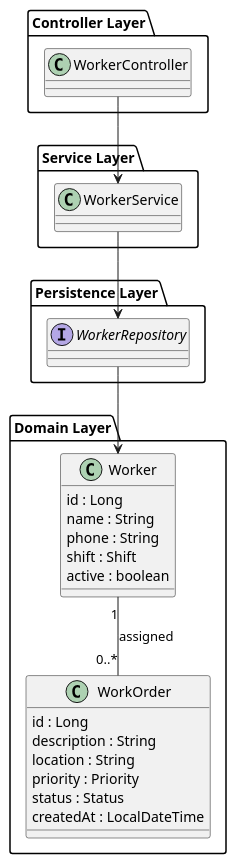
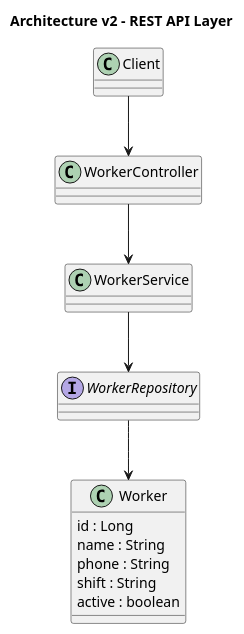
The diagram in docs/architecture-v2.puml (dinhoimbr2-alt/workorder-management), drawn with PlantUML before and after one commit. The commit also changed 20 other files, not shown here.

```diff
--- a/docs/architecture-v2.puml
+++ b/docs/architecture-v2.puml
@@ -1,42 +1,22 @@
 @startuml
 
-package "Controller Layer" {
- class WorkerController
-}
+title Architecture v2 - REST API Layer
 
-package "Service Layer" {
- class WorkerService
-}
+class WorkerController
+class WorkerService
+interface WorkerRepository
 
-package "Persistence Layer" {
- interface WorkerRepository
-}
-
-package "Domain Layer" {
-
- class Worker {
+class Worker {
   id : Long
   name : String
   phone : String
-  shift : Shift
+  shift : String
   active : boolean
- }
-
- class WorkOrder {
-  id : Long
-  description : String
-  location : String
-  priority : Priority
-  status : Status
-  createdAt : LocalDateTime
- }
-
 }
 
+Client --> WorkerController
 WorkerController --> WorkerService
 WorkerService --> WorkerRepository
 WorkerRepository --> Worker
 
-Worker "1" -- "0..*" WorkOrder : assigned
-
 @enduml
```
